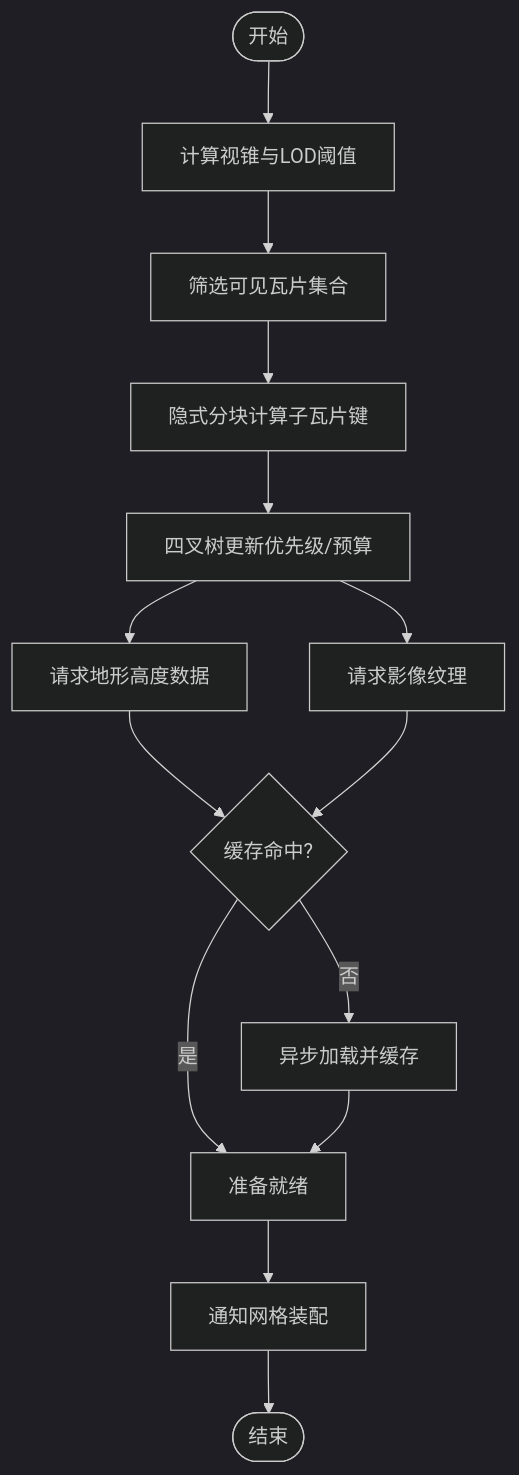
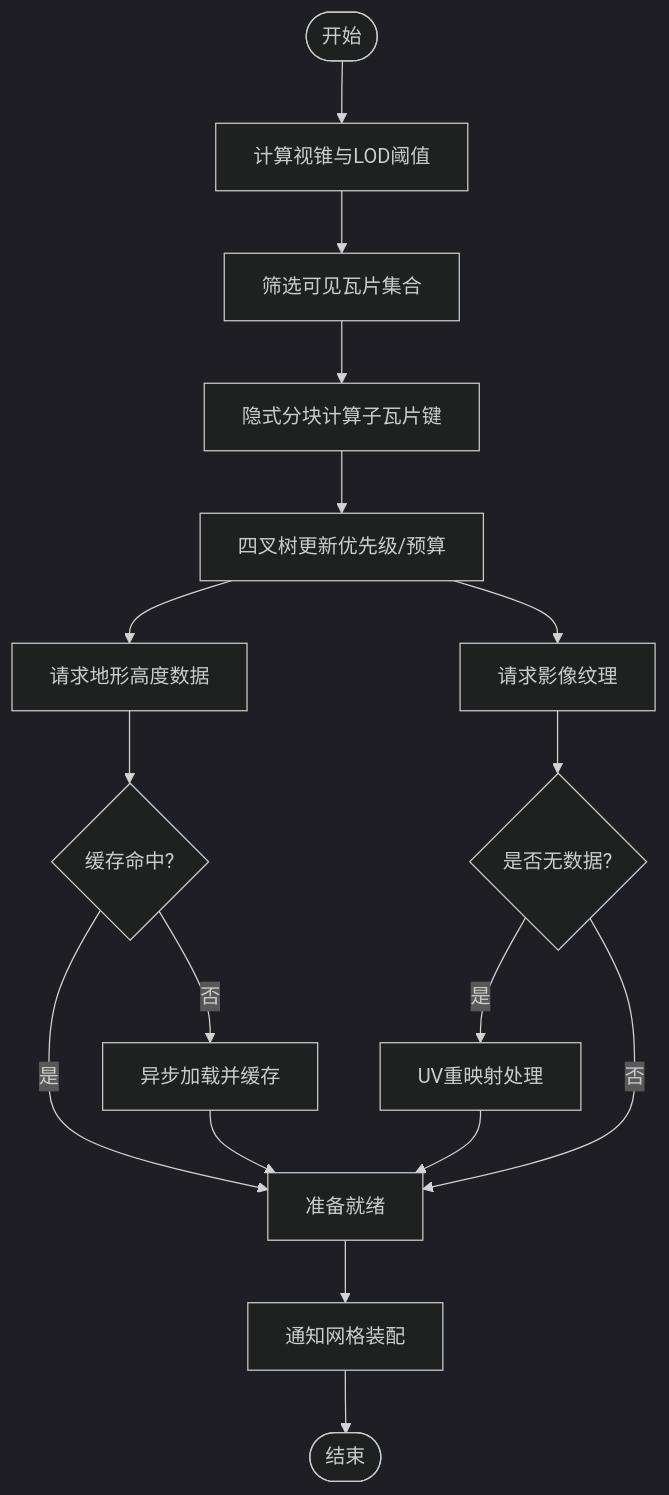
One commit to rzhangjing/cesium changed the third of 8 diagrams in .qoder/repowiki/zh/content/项目概述/核心特性/3D数据格式支持/3D Tiles标准支持/瓦片网格生成.md. Above: the diagram before and after it, drawn with Mermaid (dark theme). The commit also changed other lines of this file and 24 other files, not shown here.

````diff
--- a/.qoder/repowiki/zh/content/项目概述/核心特性/3D数据格式支持/3D Tiles标准支持/瓦片网格生成.md
+++ b/.qoder/repowiki/zh/content/项目概述/核心特性/3D数据格式支持/3D Tiles标准支持/瓦片网格生成.md
@@ -166,16 +186,19 @@
 ```mermaid
 flowchart TD
 Start(["开始"]) --> ViewFrustum["计算视锥与LOD阈值"]
 ViewFrustum --> VisibleTiles["筛选可见瓦片集合"]
 VisibleTiles --> ImplicitCalc["隐式分块计算子瓦片键"]
 ImplicitCalc --> QuadtreeUpdate["四叉树更新优先级/预算"]
 QuadtreeUpdate --> FetchTerrain["请求地形高度数据"]
 QuadtreeUpdate --> FetchImagery["请求影像纹理"]
 FetchTerrain --> CacheCheck{"缓存命中?"}
-FetchImagery --> CacheCheck
+FetchImagery --> NoDataCheck{"是否无数据?"}
 CacheCheck --> |是| Ready["准备就绪"]
 CacheCheck --> |否| AsyncLoad["异步加载并缓存"]
+NoDataCheck --> |是| UVRemap["UV重映射处理"]
+NoDataCheck --> |否| Ready
 AsyncLoad --> Ready
+UVRemap --> Ready
 Ready --> NotifyMesh["通知网格装配"]
 NotifyMesh --> End(["结束"])
 ```
````
